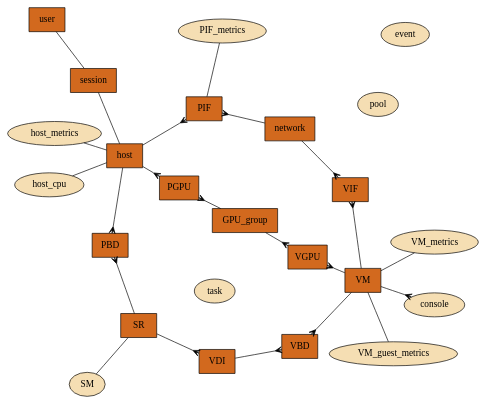
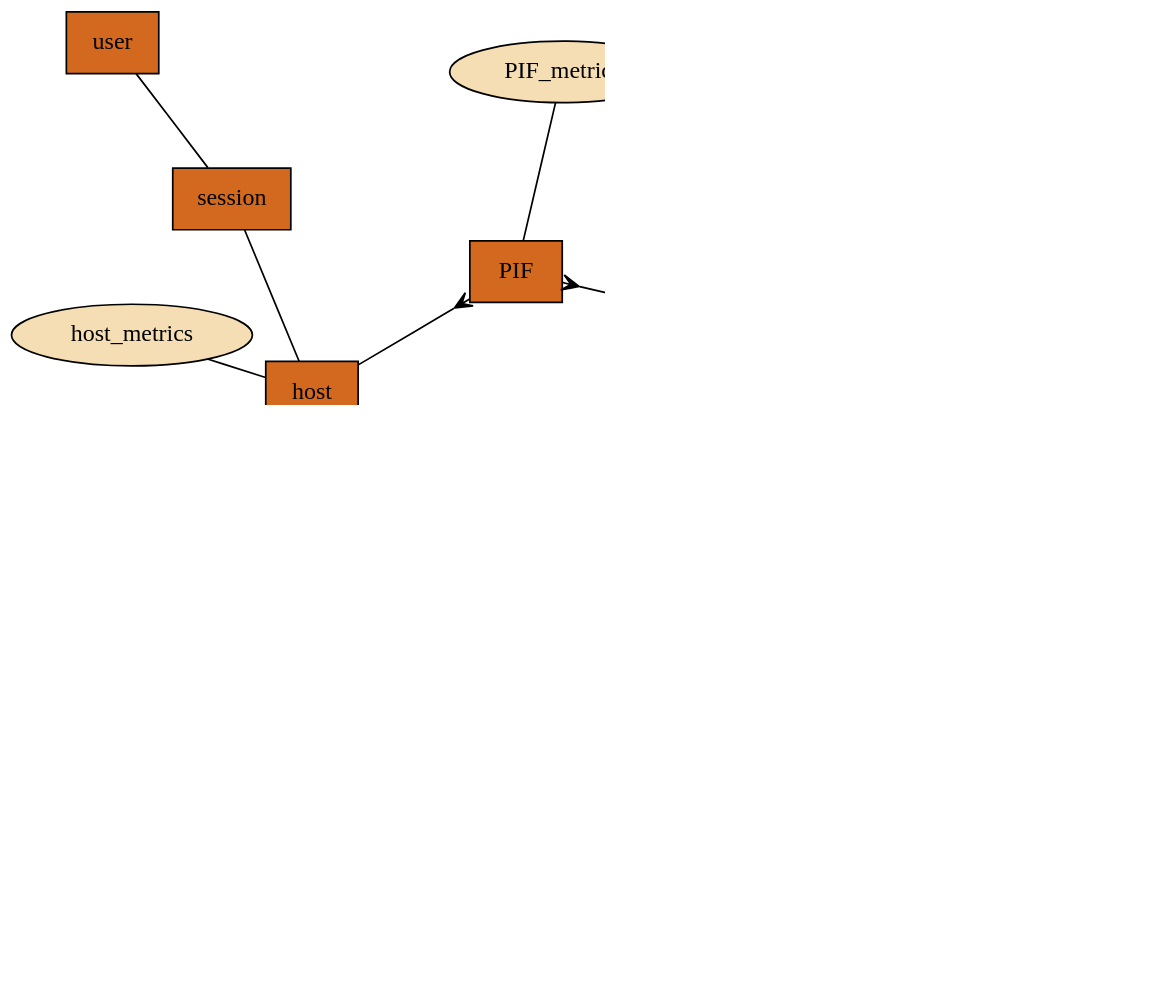
Before and after one commit to xapi-project/xen-api: the diagram in ocaml/doc/classes.dot, drawn with Graphviz. The commit also changed 5 other files, not shown here.

```diff
--- a/ocaml/doc/classes.dot
+++ b/ocaml/doc/classes.dot
@@ -1,38 +1,61 @@
-digraph "Xen-API Class Diagram" {
+digraph "graph" {
   fontname="Verdana";
   start=7;
   layout=neato;
   overlap=scale;
+  size="3,5";
+  resolution=210;
 
   node [shape=box style=filled fillcolor=chocolate];
-      host PBD SR VDI VBD VM VIF network PIF user session VGPU PGPU GPU_group;
+      host [URL="?c=host"]
+      PBD [URL="?c=PBD"]
+      SR [URL="?c=SR"]
+      VDI [URL="?c=VDI"]
+      VBD [URL="?c=VBD"]
+      VM [URL="?c=VM"]
+      VIF [URL="?c=VIF"]
+      network [URL="?c=network"]
+      PIF [URL="?c=PIF"]
+      user [URL="?c=user"]
+      session [URL="?c=session"]
+      VGPU [URL="?c=VGPU"]
+      PGPU [URL="?c=PGPU"]
+      GPU_group [URL="?c=GPU_group"];
 
   node [shape=ellipse style=filled fillcolor=wheat];
-      pool task event host_cpu host_metrics SM VM_metrics VM_guest_metrics
-      console PIF_metrics;
+      pool [URL="?c=pool"]
+      task [URL="?c=task"]
+      event [URL="?c=event"]
+      host_cpu [URL="?c=host_cpu"]
+      host_metrics [URL="?c=host_metrics"]
+      SM [URL="?c=SM"]
+      VM_metrics [URL="?c=VM_metrics"]
+      VM_guest_metrics [URL="?c=VM_guest_metrics"]
+      console [URL="?c=console"]
+      PIF_metrics [URL="?c=PIF_metrics"];
 
   edge [arrowhead="none", arrowtail="none"]
 
   user -> session
   session -> host
   host -> host_metrics
   host -> host_cpu
   host -> PBD [arrowhead="crow"]
   host -> PGPU [arrowhead="crow"]
   SR -> PBD [arrowhead="crow"]
   SR -> VDI [arrowhead="crow"]
   SR -> SM
   VDI -> VBD [arrowhead="crow"]
   VM -> VBD  [arrowhead="crow"]
   VM -> VIF [arrowhead="crow"]
   VM -> VM_metrics
   VM -> VM_guest_metrics
   VM -> console [arrowhead="crow"]
   VM-> VGPU [arrowhead="crow"]
   GPU_group -> VGPU [arrowhead="crow"]
   GPU_group -> PGPU [arrowhead="crow"]
   network -> VIF [arrowhead="crow"]
   network -> PIF [arrowhead="crow"]
   host -> PIF [arrowhead="crow"]
   PIF -> PIF_metrics
 }
```
